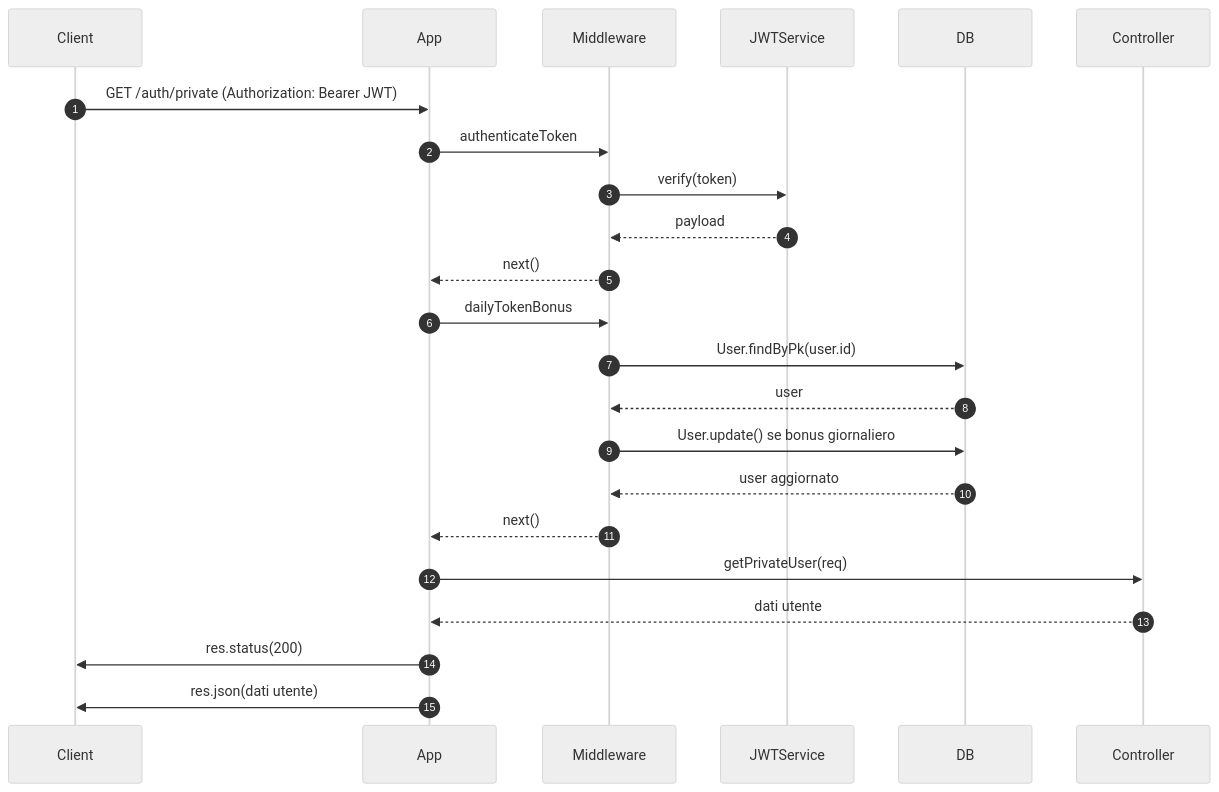
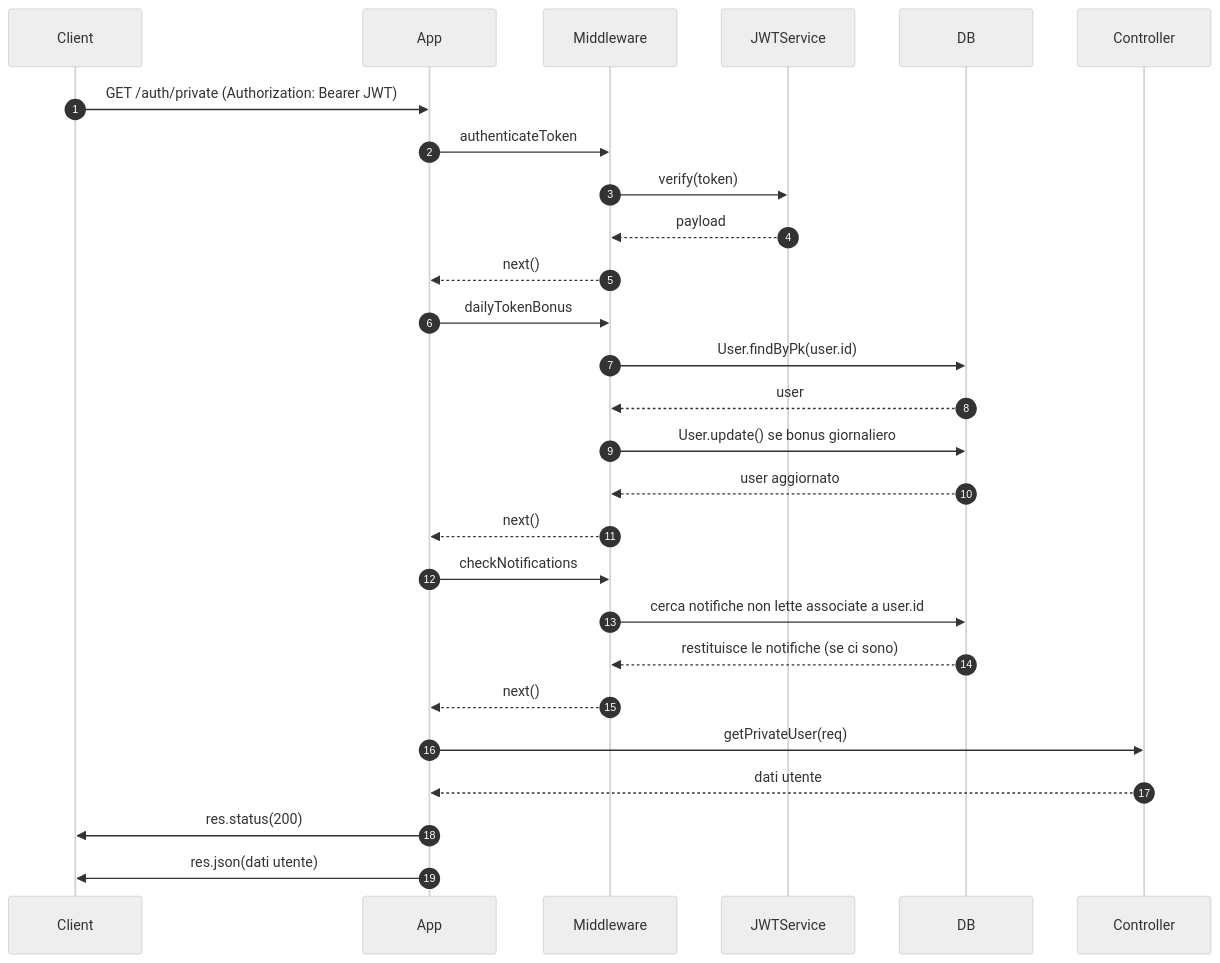
Before and after one commit to Daniel-Diocis/VoidTracksWeb: the third of 28 diagrams in README.md, drawn with Mermaid (neutral theme). The commit also changed other lines of this file, not shown here.

````diff
--- a/README.md
+++ b/README.md
@@ -458,30 +459,35 @@
 ```mermaid
 sequenceDiagram
   autonumber
   participant Client
   participant App
   participant Middleware
   participant JWTService
   participant DB
   participant Controller
 
   Client->>App: GET /auth/private (Authorization: Bearer JWT)
 
   App->>Middleware: authenticateToken
   Middleware->>JWTService: verify(token)
   JWTService-->>Middleware: payload
   Middleware-->>App: next()
 
   App->>Middleware: dailyTokenBonus
   Middleware->>DB: User.findByPk(user.id)
   DB-->>Middleware: user
   Middleware->>DB: User.update() se bonus giornaliero
   DB-->>Middleware: user aggiornato
   Middleware-->>App: next()
 
+  App->>Middleware: checkNotifications
+  Middleware->>DB: cerca notifiche non lette associate a user.id
+  DB-->>Middleware: restituisce le notifiche (se ci sono)
+  Middleware-->>App: next()
+
   App->>Controller: getPrivateUser(req)
   Controller-->>App: dati utente
 
   App->>Client: res.status(200)
   App->>Client: res.json(dati utente)
 ```
````
